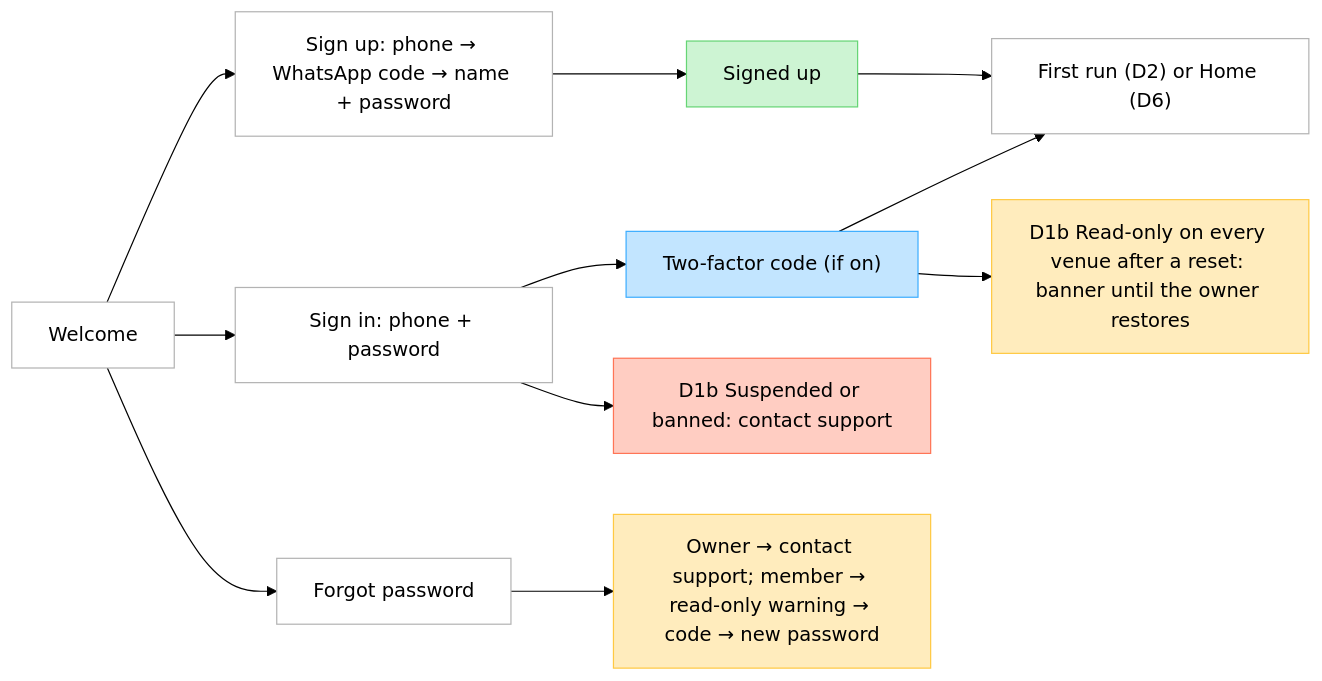
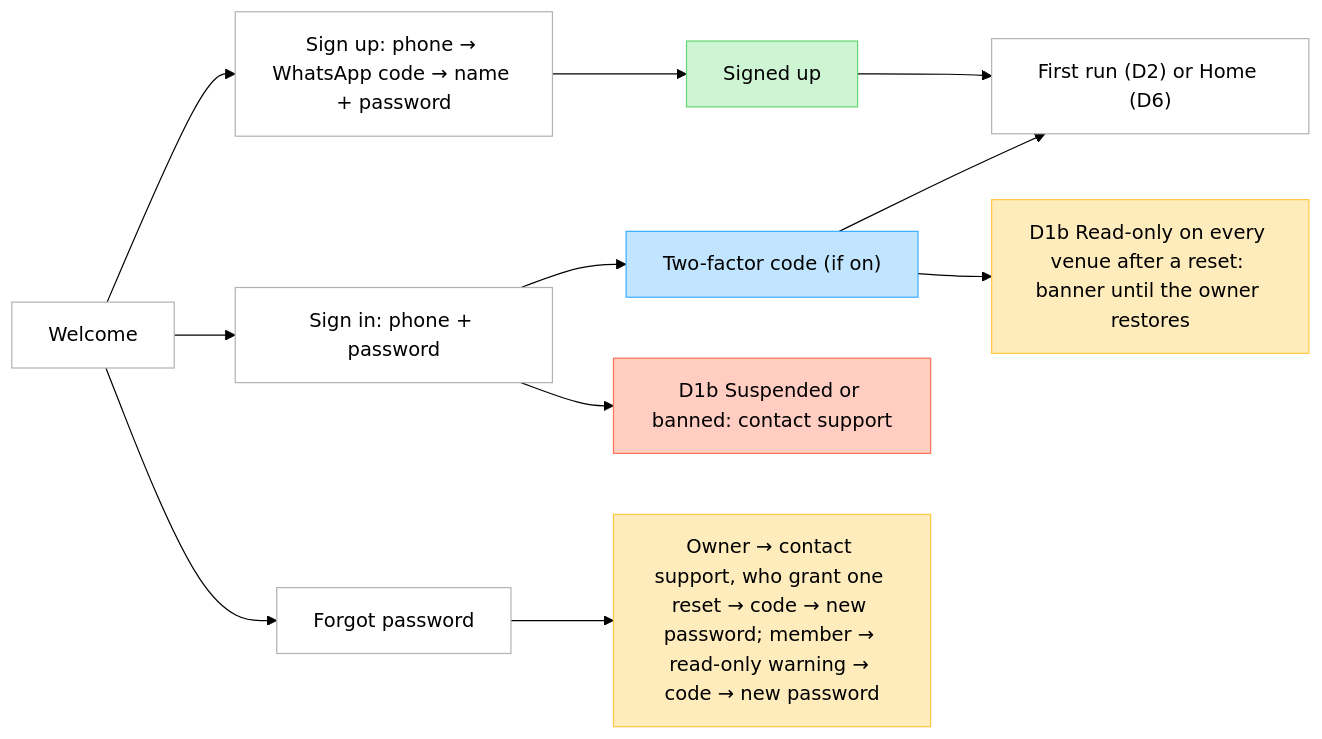
Before and after one commit to ammarsarhan/hagz: diagram 12 of 30 in docs/flows.md, drawn with Mermaid (forest theme). The commit also changed 1 other file, not shown here.

Commit message:
Document account support: customer and admin suspensions, the owner reset grant and AccountEvent

````diff
--- a/docs/flows.md
+++ b/docs/flows.md
@@ -236,14 +236,14 @@
 ```mermaid
 flowchart LR
   classDef default fill:#FFFFFF,stroke:#B3B3B3
   classDef sheet fill:#C2E5FF,stroke:#3DADFF
   classDef state fill:#FFECBD,stroke:#FFC943
   classDef result fill:#CDF4D3,stroke:#66D575
   classDef danger fill:#FFCDC2,stroke:#FF7556
   welcome["Welcome"] --> signup["Sign up: phone → WhatsApp code → name + password"] --> done["Signed up"]:::result
   welcome --> signin["Sign in: phone + password"] --> twofa["Two-factor code (if on)"]:::sheet
-  welcome --> forgot["Forgot password"] --> reset["Owner → contact support; member → read-only warning → code → new password"]:::state
+  welcome --> forgot["Forgot password"] --> reset["Owner → contact support, who grant one reset → code → new password; member → read-only warning → code → new password"]:::state
   done & twofa --> next["First run (D2) or Home (D6)"]
   signin --> blocked["D1b Suspended or banned: contact support"]:::danger
   twofa --> readonly["D1b Read-only on every venue after a reset: banner until the owner restores"]:::state
 ```
````
